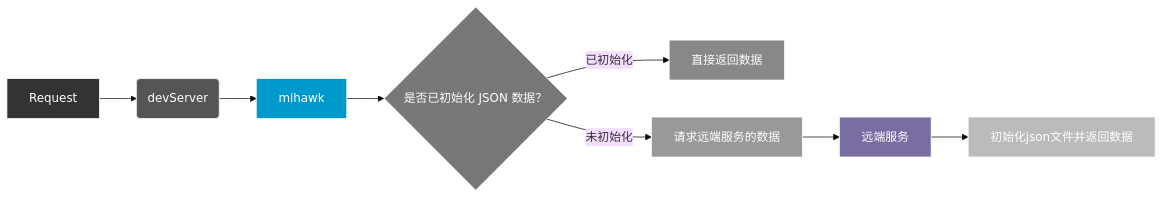
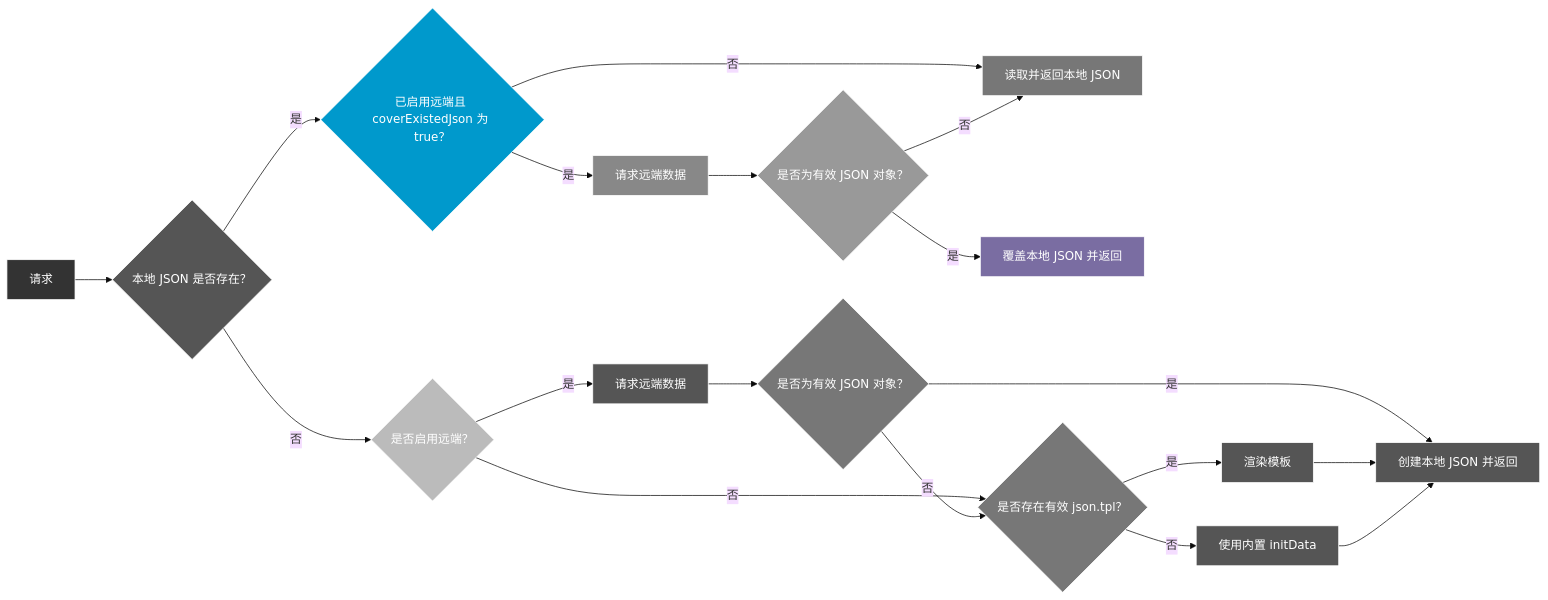
One commit to Froguard/mihawk changed the diagram in docs/fallback-remote.zh_CN.md. Above: the diagram before and after it, drawn with Mermaid (base theme). The commit also changed other lines of this file and 19 other files, not shown here.

````diff
--- a/docs/fallback-remote.zh_CN.md
+++ b/docs/fallback-remote.zh_CN.md
@@ -3,25 +3,35 @@
 ```mermaid
 graph LR
-    A[Request] --> B(devServer)
-    B --> C[mihawk]
-    C --> D{是否已初始化 JSON 数据？}
-    D -- 已初始化 --> E[直接返回数据]
-    D -- 未初始化 --> F[请求远端服务的数据]
-    F --> G[远端服务]
-    G --> H[初始化json文件并返回数据]
+    A[请求] --> B{本地 JSON 是否存在？}
+    B -- 是 --> C{已启用远端且 coverExistedJson 为 true？}
+    C -- 否 --> D[读取并返回本地 JSON]
+    C -- 是 --> E[请求远端数据]
+    E --> F{是否为有效 JSON 对象？}
+    F -- 是 --> G[覆盖本地 JSON 并返回]
+    F -- 否 --> D
+    B -- 否 --> H{是否启用远端？}
+    H -- 是 --> I[请求远端数据]
+    H -- 否 --> K{是否存在有效 json.tpl？}
+    I --> J{是否为有效 JSON 对象？}
+    J -- 是 --> L[创建本地 JSON 并返回]
+    J -- 否 --> K
+    K -- 是 --> M[渲染模板]
+    K -- 否 --> N[使用内置 initData]
+    M --> L
+    N --> L
 
     style A fill:#333,stroke:#fff,color:#fff
     style B fill:#555,stroke:#fff,color:#fff
     style C fill:#09c,stroke:#fff,color:#fff
     style D fill:#777,stroke:#fff,color:#fff
     style E fill:#888,stroke:#fff,color:#fff
     style F fill:#999,stroke:#fff,color:#fff
     style G fill:#7a6da2,stroke:#fff,color:#fff
     style H fill:#bbb,stroke:#fff,color:#fff
 
     classDef step fill:#555,stroke:#fff,color:#fff;
     classDef decision fill:#777,stroke:#fff,color:#fff;
 
-    class A,F,G,H step
-    class D decision
+    class A,D,E,G,I,L,M,N step
+    class B,C,F,H,J,K decision
 ```
````
